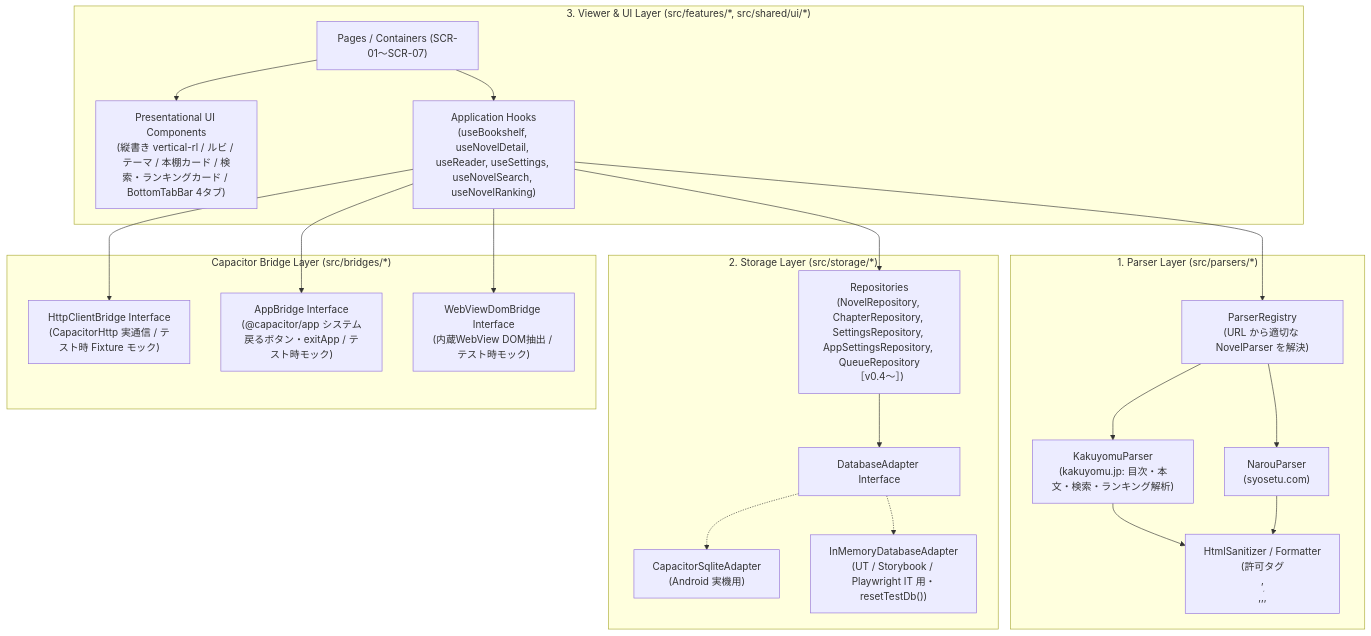
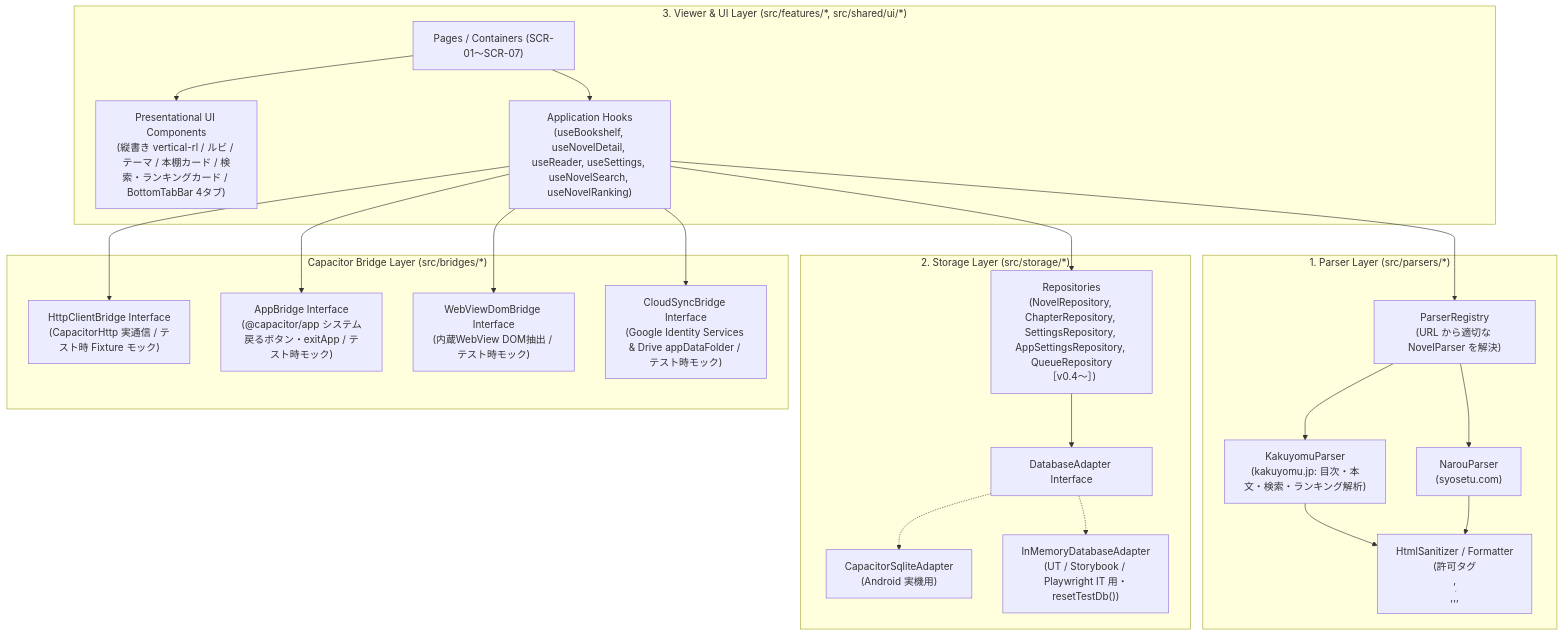
The diagram in docs/specs/architecture.md (high-soar/Yommy), drawn with Mermaid before and after one commit. The commit also changed other lines of this file and 12 other files, not shown here.

````diff
--- a/docs/specs/architecture.md
+++ b/docs/specs/architecture.md
@@ -68,43 +71,45 @@
 ```mermaid
 flowchart TB
     subgraph UILayer ["3. Viewer & UI Layer (src/features/*, src/shared/ui/*)"]
         Pages["Pages / Containers (SCR-01〜SCR-07)"]
         Components["Presentational UI Components<br>(縦書き vertical-rl / ルビ / テーマ / 本棚カード / 検索・ランキングカード / BottomTabBar 4タブ)"]
         Hooks["Application Hooks<br>(useBookshelf, useNovelDetail, useReader, useSettings, useNovelSearch, useNovelRanking)"]
         Pages --> Components
         Pages --> Hooks
     end
 
     subgraph ParserLayer ["1. Parser Layer (src/parsers/*)"]
         Registry["ParserRegistry<br>(URL から適切な NovelParser を解決)"]
         Kakuyomu["KakuyomuParser<br>(kakuyomu.jp: 目次・本文・検索・ランキング解析)"]
         Narou["NarouParser<br>(syosetu.com)"]
         Sanitizer["HtmlSanitizer / Formatter<br>(許可タグ <p>,<br>,<ruby>,<rb>,<rt>,<rp>,<em> のみ保持)"]
         Registry --> Kakuyomu
         Registry --> Narou
         Kakuyomu --> Sanitizer
         Narou --> Sanitizer
     end
 
     subgraph StorageLayer ["2. Storage Layer (src/storage/*)"]
         Repos["Repositories<br>(NovelRepository, ChapterRepository, SettingsRepository, AppSettingsRepository, QueueRepository［v0.4〜］)"]
         DbAdapter["DatabaseAdapter Interface"]
         SqliteImpl["CapacitorSqliteAdapter<br>(Android 実機用)"]
         MemImpl["InMemoryDatabaseAdapter<br>(UT / Storybook / Playwright IT 用・resetTestDb())"]
         Repos --> DbAdapter
         DbAdapter -.-> SqliteImpl
         DbAdapter -.-> MemImpl
     end
 
     subgraph BridgeLayer ["Capacitor Bridge Layer (src/bridges/*)"]
         HttpBridge["HttpClientBridge Interface<br>(CapacitorHttp 実通信 / テスト時 Fixture モック)"]
         AppBridge["AppBridge Interface<br>(@capacitor/app システム戻るボタン・exitApp / テスト時モック)"]
         WebViewBridge["WebViewDomBridge Interface<br>(内蔵WebView DOM抽出 / テスト時モック)"]
+        CloudSyncBridge["CloudSyncBridge Interface<br>(Google Identity Services & Drive appDataFolder / テスト時モック)"]
     end
 
     Hooks --> Registry
     Hooks --> Repos
     Hooks --> HttpBridge
     Hooks --> AppBridge
     Hooks --> WebViewBridge
+    Hooks --> CloudSyncBridge
 ```
````
